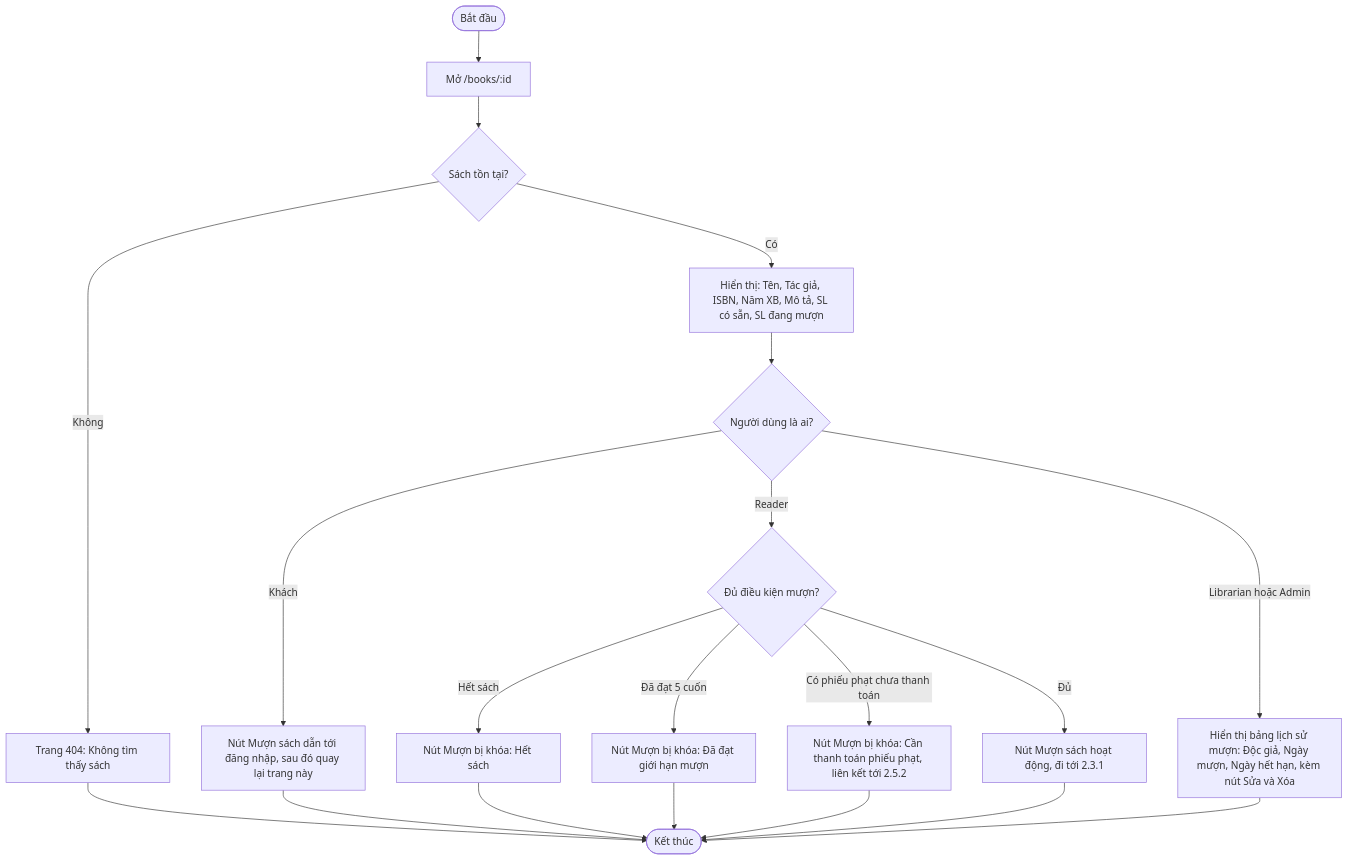
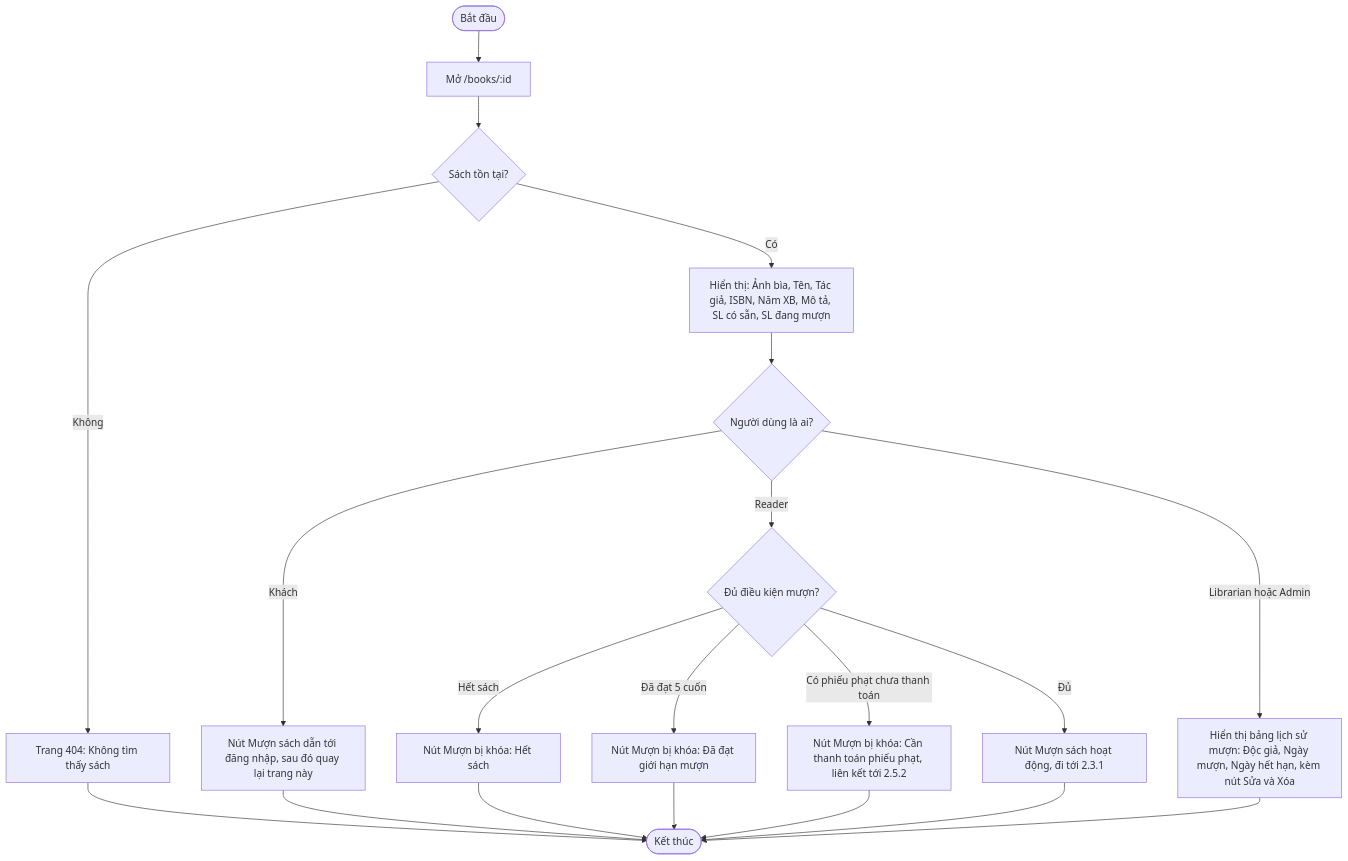
Before and after one commit to aehuy12345/Lib_start: the diagram in design/flows/2.2.4-xem-chi-tiet-sach.md, drawn with Mermaid. The commit also changed other lines of this file and 19 other files, not shown here.

First line of the commit message:
docs: finalize design phase and migrate schema to Supabase

````diff
--- a/design/flows/2.2.4-xem-chi-tiet-sach.md
+++ b/design/flows/2.2.4-xem-chi-tiet-sach.md
@@ -8,22 +8,22 @@
 ```mermaid
 flowchart TD
     A([Bắt đầu]) --> B["Mở /books/:id"]
     B --> C{"Sách tồn tại?"}
     C -->|"Không"| D["Trang 404: Không tìm thấy sách"]
-    C -->|"Có"| E["Hiển thị: Tên, Tác giả, ISBN, Năm XB, Mô tả, SL có sẵn, SL đang mượn"]
+    C -->|"Có"| E["Hiển thị: Ảnh bìa, Tên, Tác giả, ISBN, Năm XB, Mô tả, SL có sẵn, SL đang mượn"]
     E --> F{"Người dùng là ai?"}
     F -->|"Khách"| G["Nút Mượn sách dẫn tới đăng nhập, sau đó quay lại trang này"]
     F -->|"Reader"| H{"Đủ điều kiện mượn?"}
     H -->|"Hết sách"| I["Nút Mượn bị khóa: Hết sách"]
     H -->|"Đã đạt 5 cuốn"| J["Nút Mượn bị khóa: Đã đạt giới hạn mượn"]
     H -->|"Có phiếu phạt chưa thanh toán"| K["Nút Mượn bị khóa: Cần thanh toán phiếu phạt, liên kết tới 2.5.2"]
     H -->|"Đủ"| L["Nút Mượn sách hoạt động, đi tới 2.3.1"]
     F -->|"Librarian hoặc Admin"| M["Hiển thị bảng lịch sử mượn: Độc giả, Ngày mượn, Ngày hết hạn, kèm nút Sửa và Xóa"]
     D --> Z([Kết thúc])
     G --> Z
     I --> Z
     J --> Z
     K --> Z
     L --> Z
     M --> Z
 ```
````
